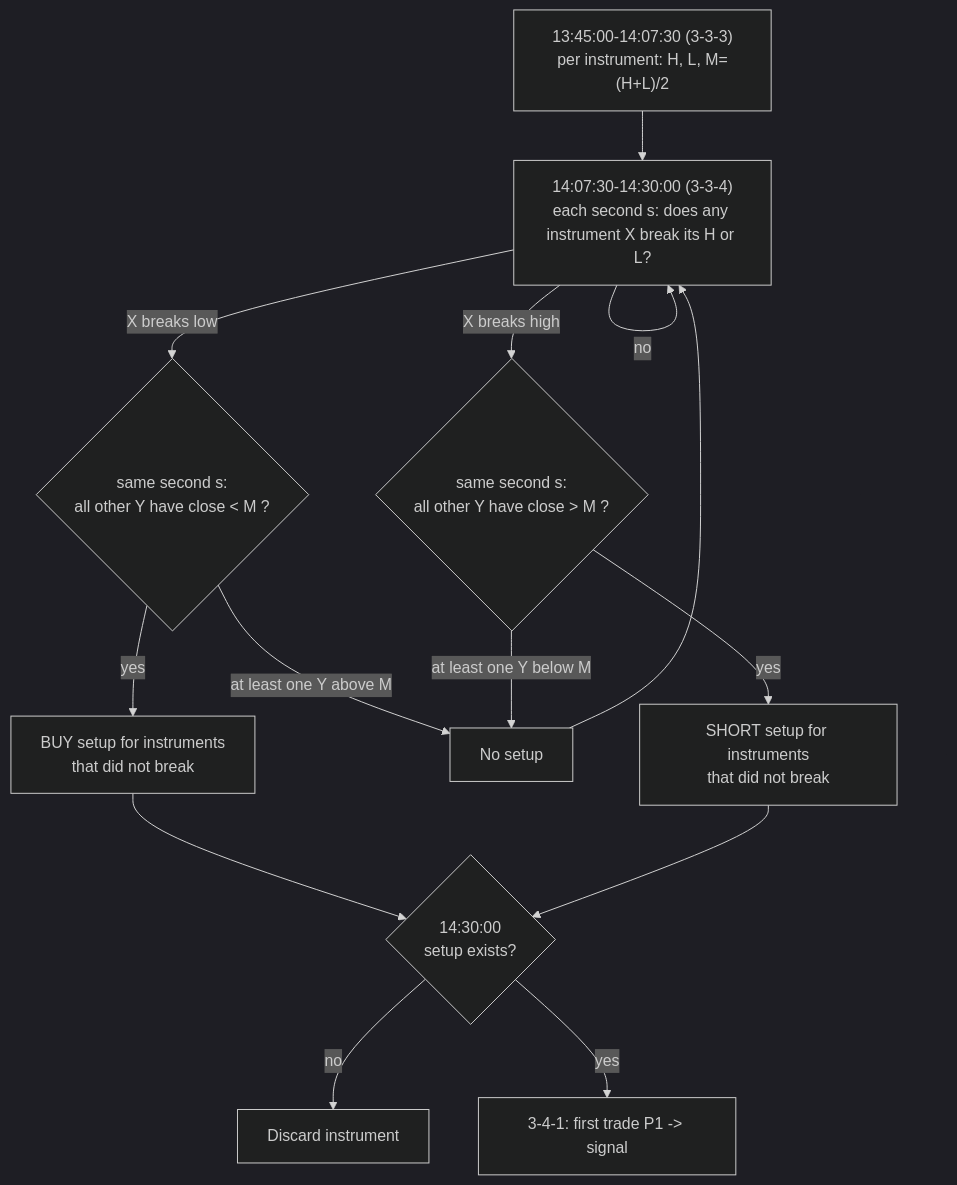
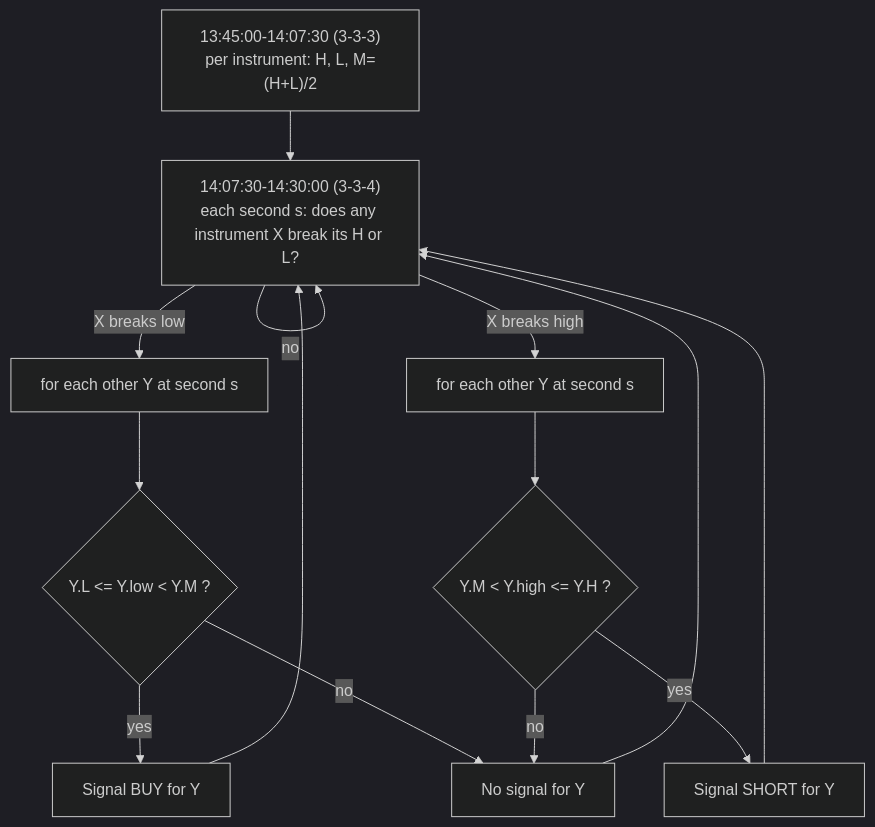
Before and after one commit to parvanescu/ict-backtest-engine: the diagram in documents/implementation_strategy/rules/sequence_range_sweep.md, drawn with Mermaid (dark theme). The commit also changed other lines of this file and 3 other files, not shown here.

````diff
--- a/documents/implementation_strategy/rules/sequence_range_sweep.md
+++ b/documents/implementation_strategy/rules/sequence_range_sweep.md
@@ -56,16 +55,16 @@
 ```mermaid
 flowchart TD
     A["13:45:00-14:07:30 (3-3-3)<br/>per instrument: H, L, M=(H+L)/2"] --> B["14:07:30-14:30:00 (3-3-4)<br/>each second s: does any instrument X break its H or L?"]
     B -- no --> B
-    B -- "X breaks low" --> C{"same second s:<br/>all other Y have close < M ?"}
-    B -- "X breaks high" --> D{"same second s:<br/>all other Y have close > M ?"}
-    C -- yes --> E["BUY setup for instruments<br/>that did not break"]
-    C -- "at least one Y above M" --> F["No setup"]
-    D -- yes --> G["SHORT setup for instruments<br/>that did not break"]
-    D -- "at least one Y below M" --> F
-    E --> H{"14:30:00<br/>setup exists?"}
-    G --> H
-    F --> B
-    H -- no --> I["Discard instrument"]
-    H -- yes --> J["3-4-1: first trade P1 -> signal"]
+    B -- "X breaks low" --> C["for each other Y at second s"]
+    B -- "X breaks high" --> D["for each other Y at second s"]
+    C --> E{"Y.L <= Y.low < Y.M ?"}
+    D --> F{"Y.M < Y.high <= Y.H ?"}
+    E -- yes --> G["Signal BUY for Y"]
+    E -- no --> H["No signal for Y"]
+    F -- yes --> I["Signal SHORT for Y"]
+    F -- no --> H
+    G --> B
+    H --> B
+    I --> B
 ```
````
